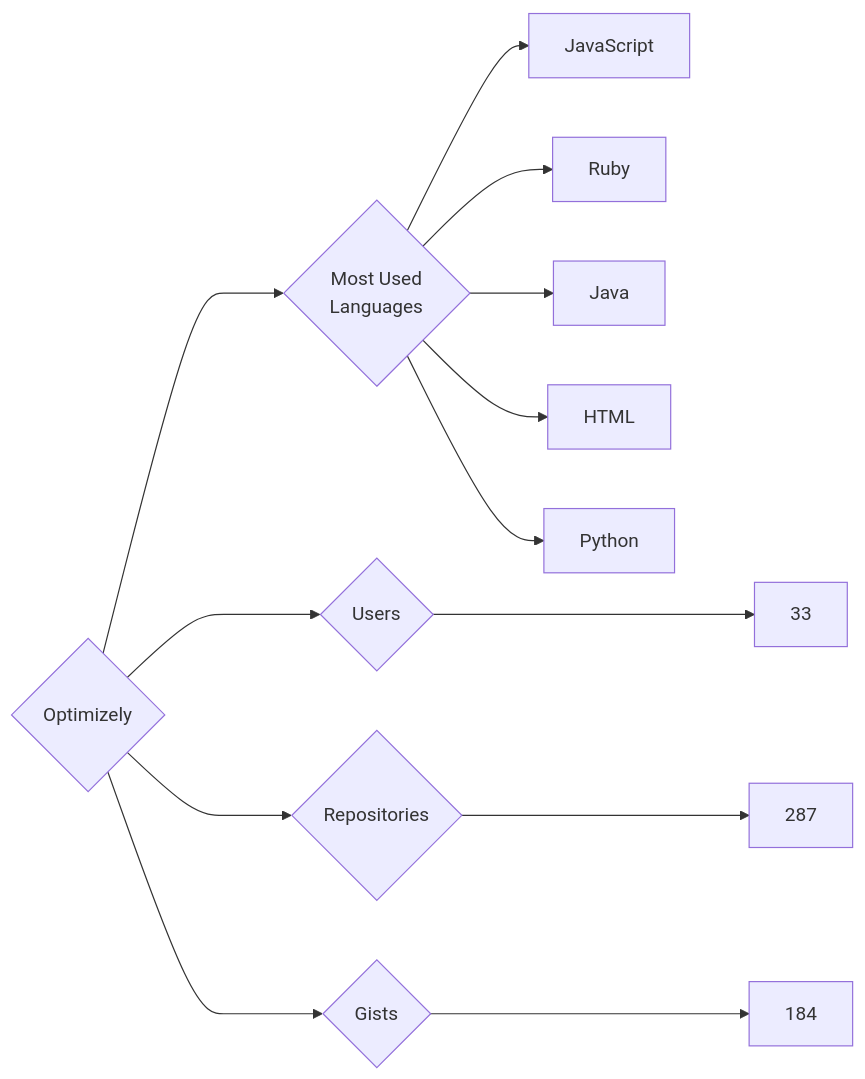
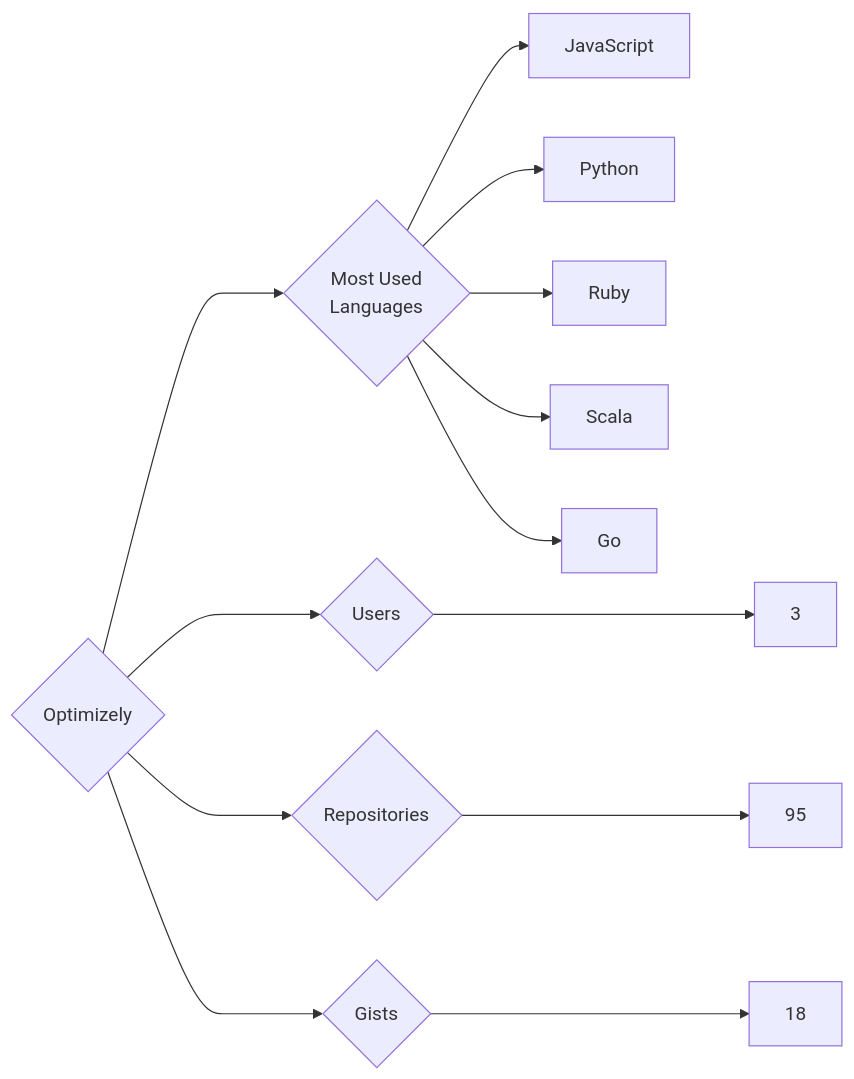
Before and after one commit to trickest/insiders: the diagram in targets/Optimizely/README.md, drawn with Mermaid. The commit also changed 860 other files, not shown here.

````diff
--- a/targets/Optimizely/README.md
+++ b/targets/Optimizely/README.md
@@ -3,13 +3,13 @@
 ```mermaid
 graph LR
 COMPANY_NAME{Optimizely}
-COMPANY_NAME ---> U{Users} ---> UN[33]
-COMPANY_NAME ---> R{Repositories} ---> RN[287]
-COMPANY_NAME ---> G{Gists} ---> GN[184]
+COMPANY_NAME ---> U{Users} ---> UN[3]
+COMPANY_NAME ---> R{Repositories} ---> RN[95]
+COMPANY_NAME ---> G{Gists} ---> GN[18]
 COMPANY_NAME ---> ML{Most Used<br>Languages}
 ML --> JavaScript[JavaScript]
+ML --> Python[Python]
 ML --> Ruby[Ruby]
-ML --> Java[Java]
-ML --> HTML[HTML]
-ML --> Python[Python]
+ML --> Scala[Scala]
+ML --> Go[Go]
 ```
````
